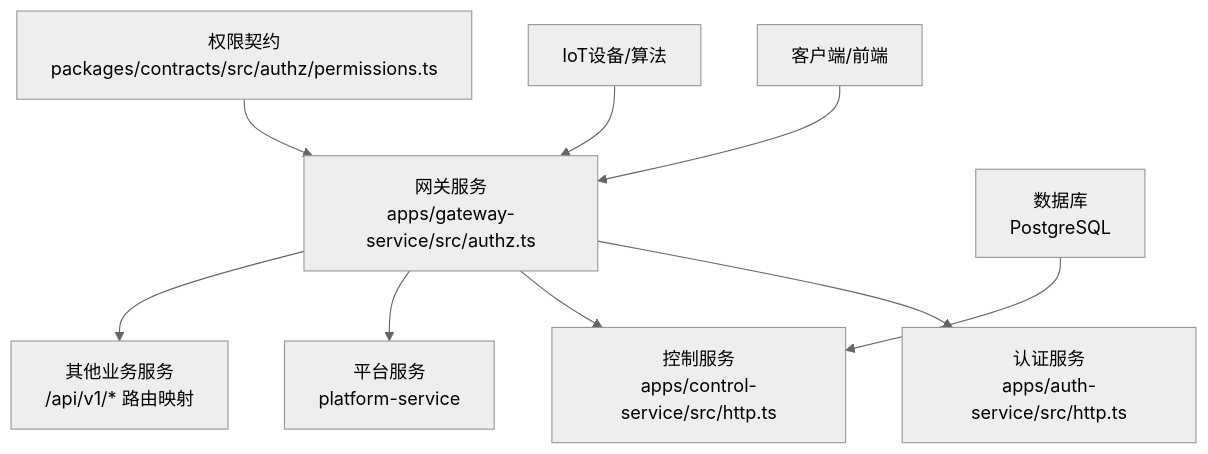
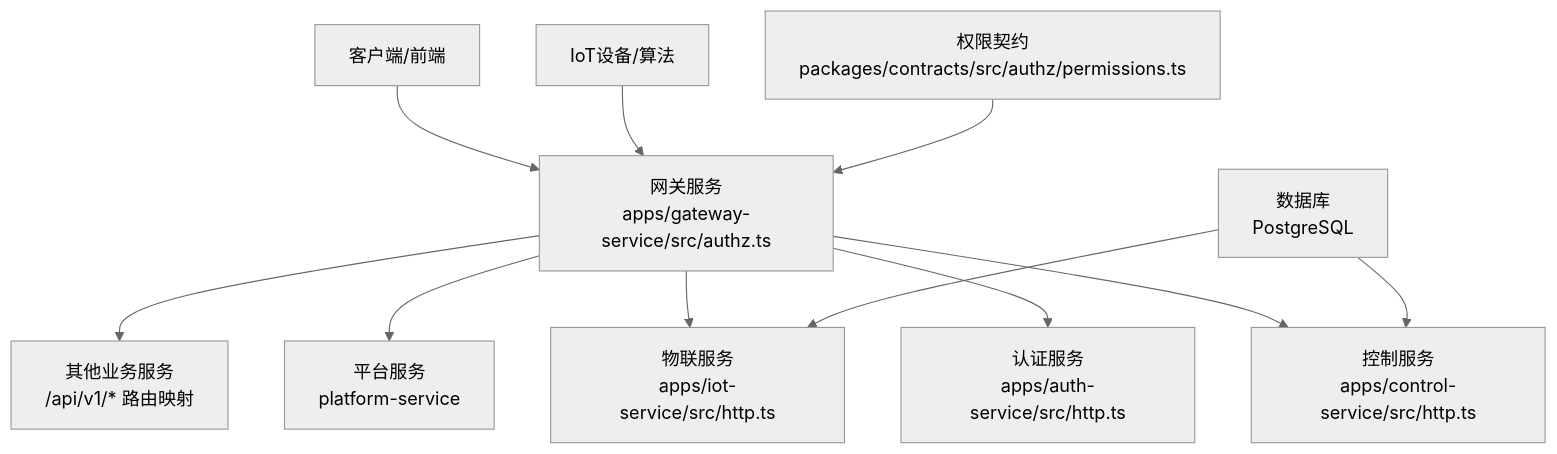
One commit to q446328246/agri-platform changed the first of 8 diagrams in .qoder/repowiki/zh/content/架构设计/安全架构.md. Above: the diagram before and after it, drawn with Mermaid (neutral theme). The commit also changed other lines of this file and 35 other files, not shown here.

````diff
--- a/.qoder/repowiki/zh/content/架构设计/安全架构.md
+++ b/.qoder/repowiki/zh/content/架构设计/安全架构.md
@@ -47,11 +52,13 @@
 ```mermaid
 graph TB
 Client["客户端/前端"] --> Gateway["网关服务<br/>apps/gateway-service/src/authz.ts"]
 Device["IoT设备/算法"] --> Gateway
 Gateway --> AuthSrv["认证服务<br/>apps/auth-service/src/http.ts"]
 Gateway --> ControlSrv["控制服务<br/>apps/control-service/src/http.ts"]
+Gateway --> IotSrv["物联服务<br/>apps/iot-service/src/http.ts"]
 Gateway --> PlatformSrv["平台服务<br/>platform-service"]
 Gateway --> OtherSvcs["其他业务服务<br/>/api/v1/* 路由映射"]
 Contracts["权限契约<br/>packages/contracts/src/authz/permissions.ts"] --> Gateway
 DB["数据库<br/>PostgreSQL"] --> ControlSrv
+DB --> IotSrv
 ```
````
